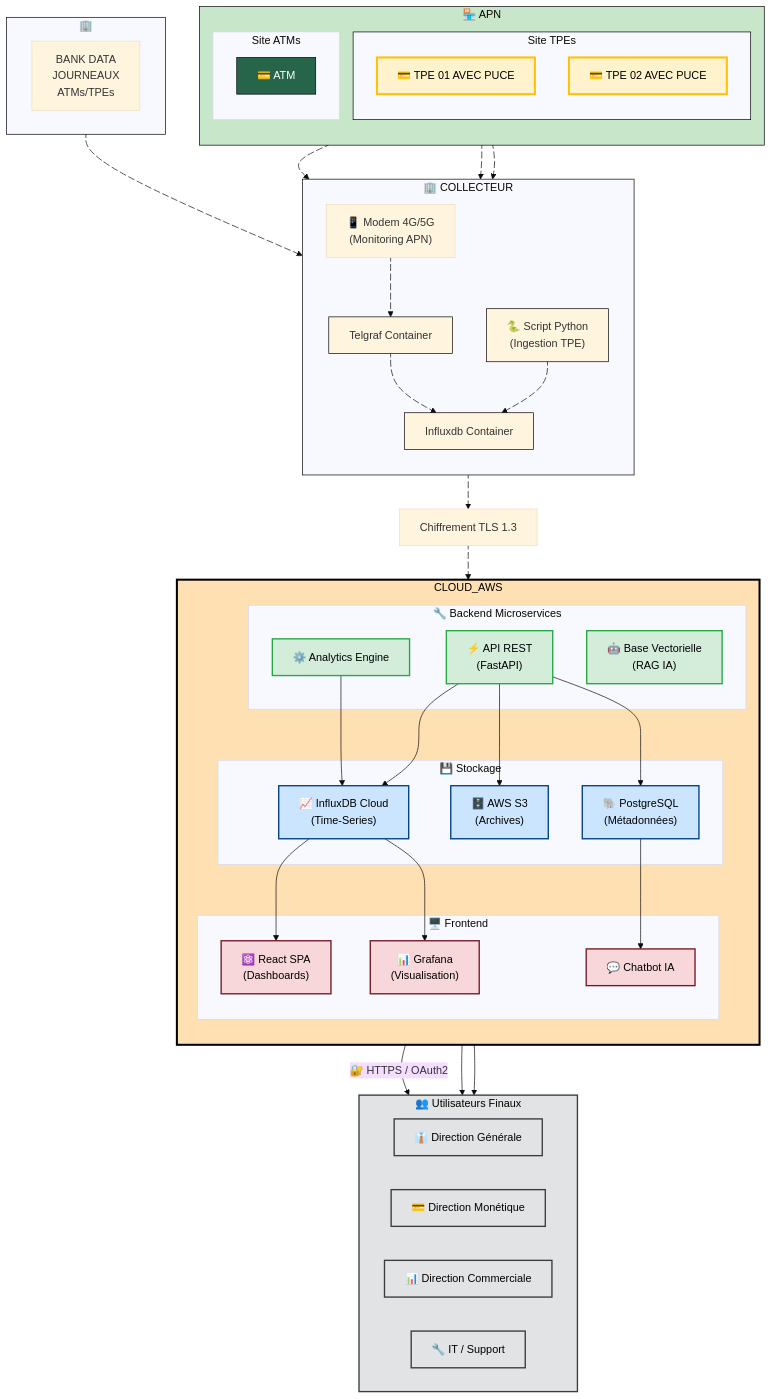
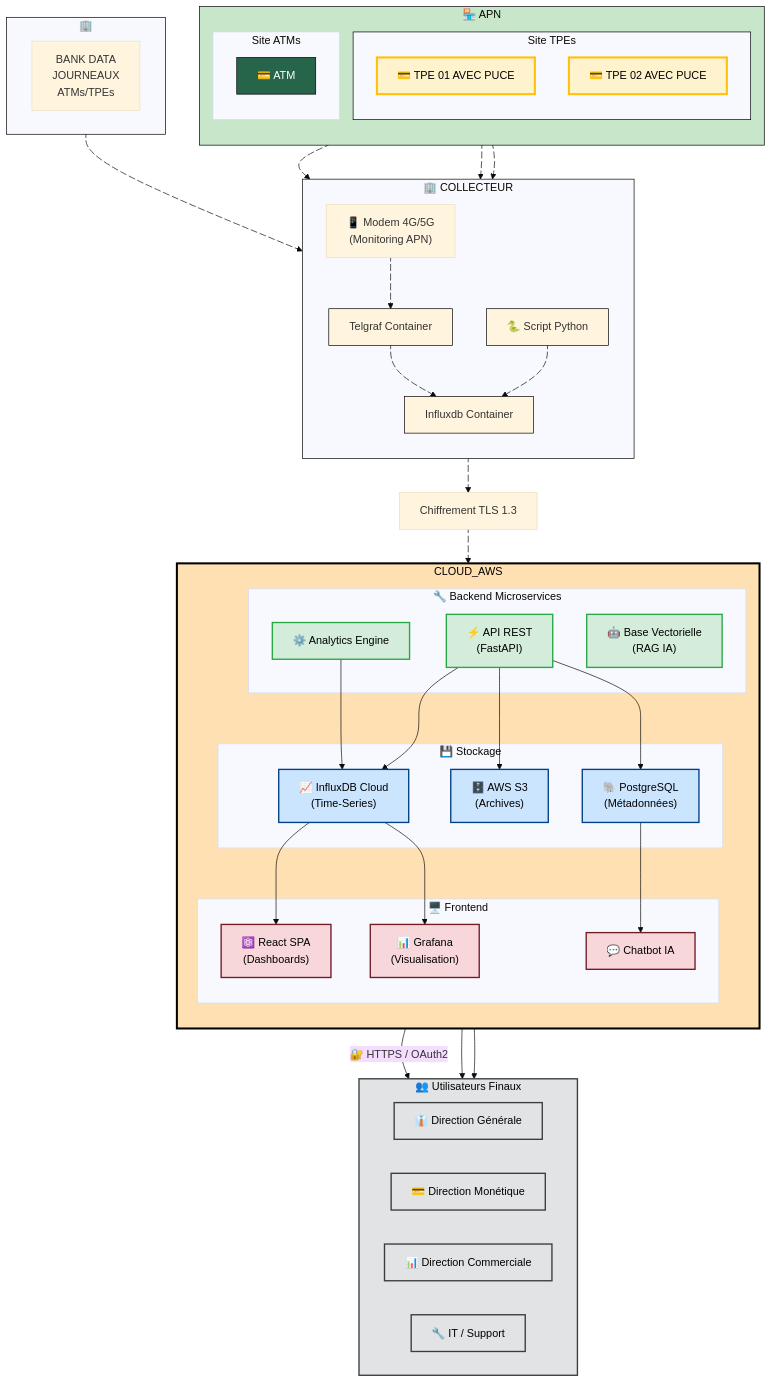
One commit to ykossi/dns_filter_list01 changed the diagram in arch_pulse_01.md. Above: the diagram before and after it, drawn with Mermaid (base theme).

Commit message:
Remove ingestion detail from Python script node

```diff
--- a/arch_pulse_01.md
+++ b/arch_pulse_01.md
@@ -2,7 +2,7 @@
 graph TB
  subgraph DC["🏢 COLLECTEUR"]
     direction TB
-        SCRIPT["🐍 Script Python<br>(Ingestion TPE)"]
+        SCRIPT["🐍 Script Python<br>"]
         MODEM["📱 Modem 4G/5G<br>(Monitoring APN)"]
         n7["Influxdb Container"]
         n8["Telgraf Container"]
```
